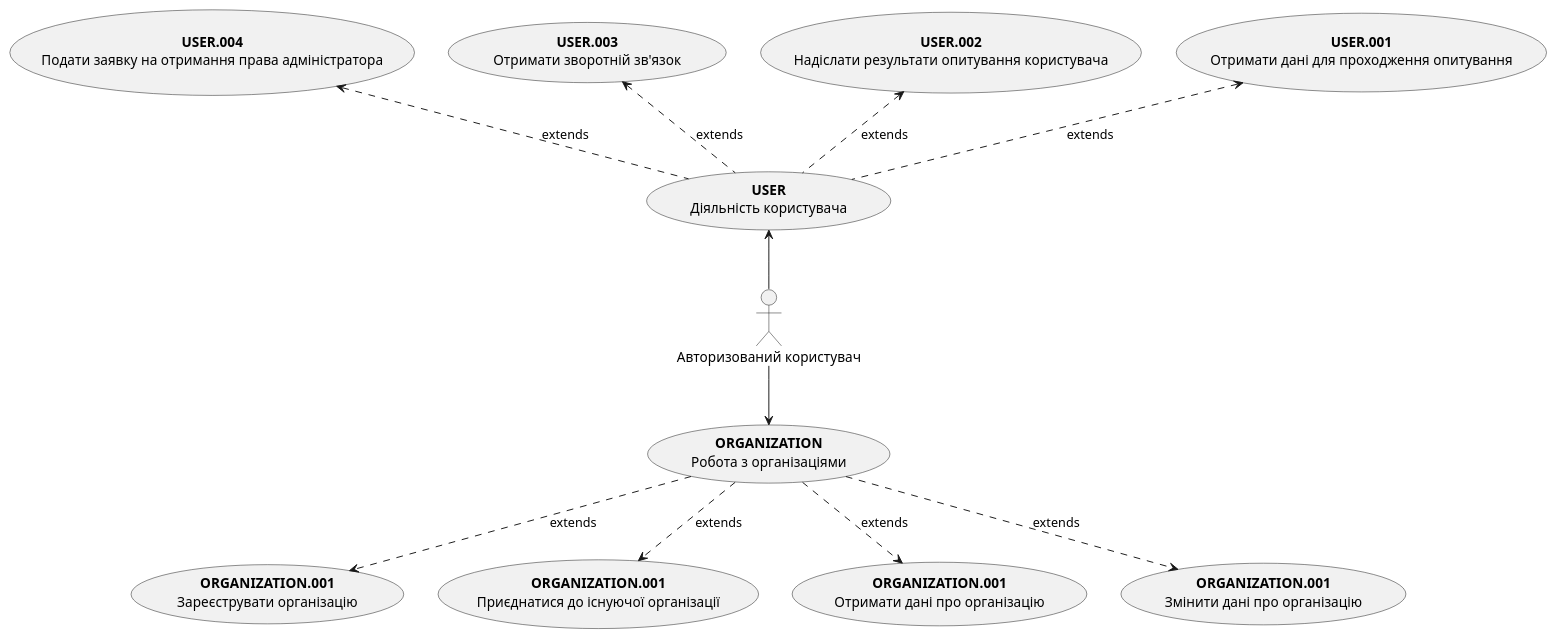
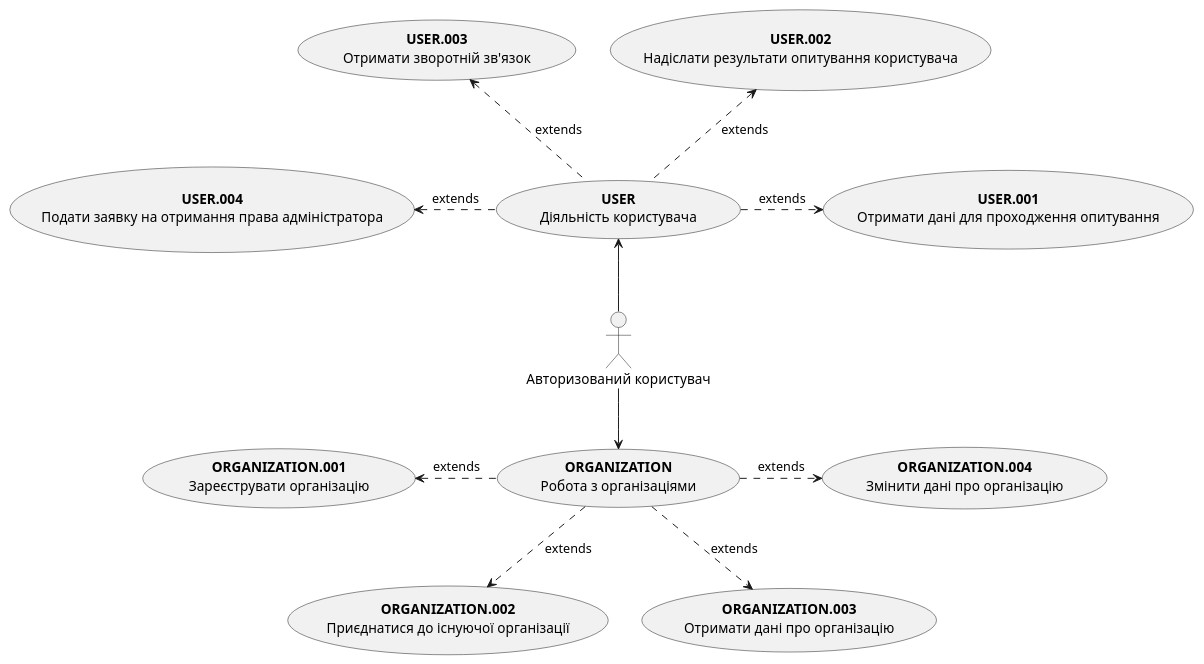
One commit to bochka123/bobryataStars changed the third of 28 diagrams in docs/use cases/README.md. Above: the diagram before and after it, drawn with PlantUML.

Commit message:
changed one diagram

```diff
--- a/docs/use cases/README.md
+++ b/docs/use cases/README.md
@@ -56,31 +56,31 @@
 @startuml
     actor "Авторизований користувач" as User
 
     usecase "**USER**\nДіяльність користувача" as NL
     usecase "**ORGANIZATION**\nРобота з організаціями" as OG
 
     User-u-> NL
     User-d-> OG
 
 
     usecase "**USER.001**\nОтримати дані для проходження опитування" as US1
     usecase "**USER.002**\nНадіслати результати опитування користувача" as US2
     usecase "**USER.003**\nОтримати зворотній зв'язок" as US3
     usecase "**USER.004**\nПодати заявку на отримання права адміністратора" as US4
 
     usecase "**ORGANIZATION.001**\nЗареєструвати організацію" as OG1
-    usecase "**ORGANIZATION.001**\nПриєднатися до існуючої організації" as OG2
-    usecase "**ORGANIZATION.001**\nОтримати дані про організацію" as OG3
-    usecase "**ORGANIZATION.001**\nЗмінити дані про організацію" as OG4
+    usecase "**ORGANIZATION.002**\nПриєднатися до існуючої організації" as OG2
+    usecase "**ORGANIZATION.003**\nОтримати дані про організацію" as OG3
+    usecase "**ORGANIZATION.004**\nЗмінити дані про організацію" as OG4
 
-    NL .u.> US1: extends
+    NL .r.> US1: extends
     NL .u.> US2: extends
     NL .u.> US3: extends
-    NL .u.> US4: extends
+    NL .l.> US4: extends
 
-    OG .d.> OG1: extends
+    OG .l.> OG1: extends
     OG .d.> OG2: extends
     OG .d.> OG3: extends
-    OG .d.> OG4: extends
+    OG .r.> OG4: extends
 
 @enduml
```
